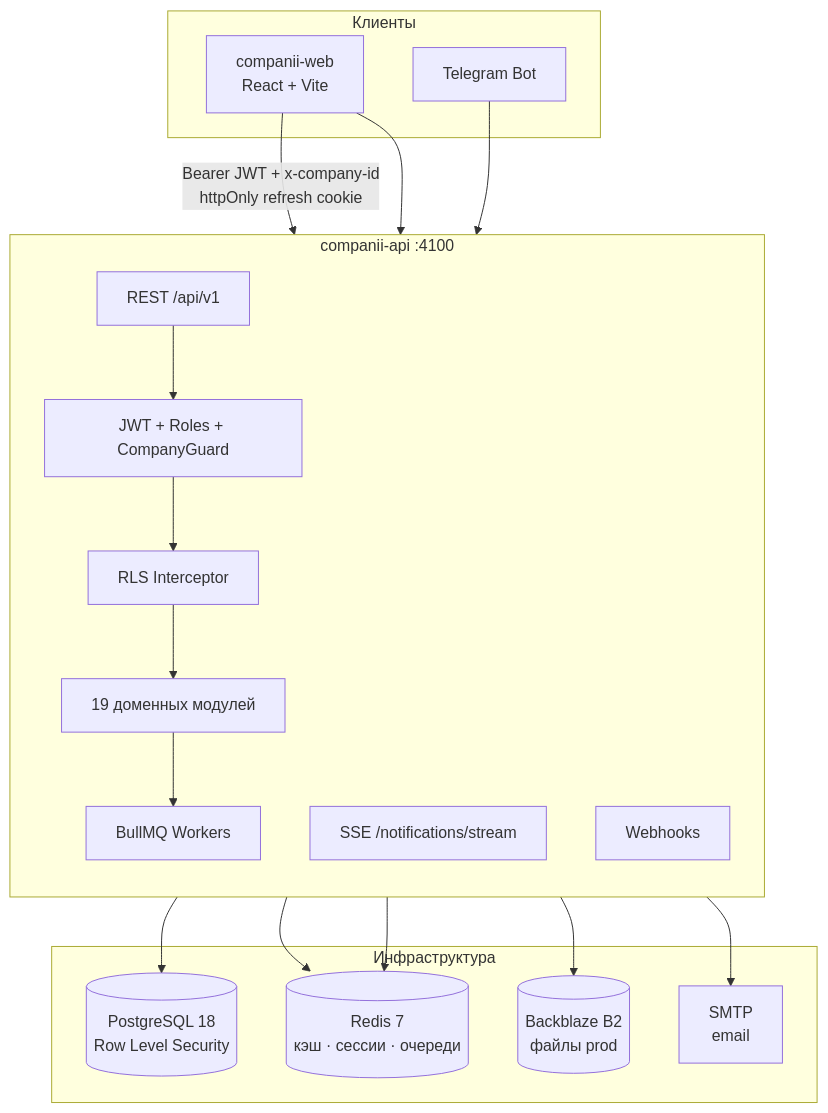
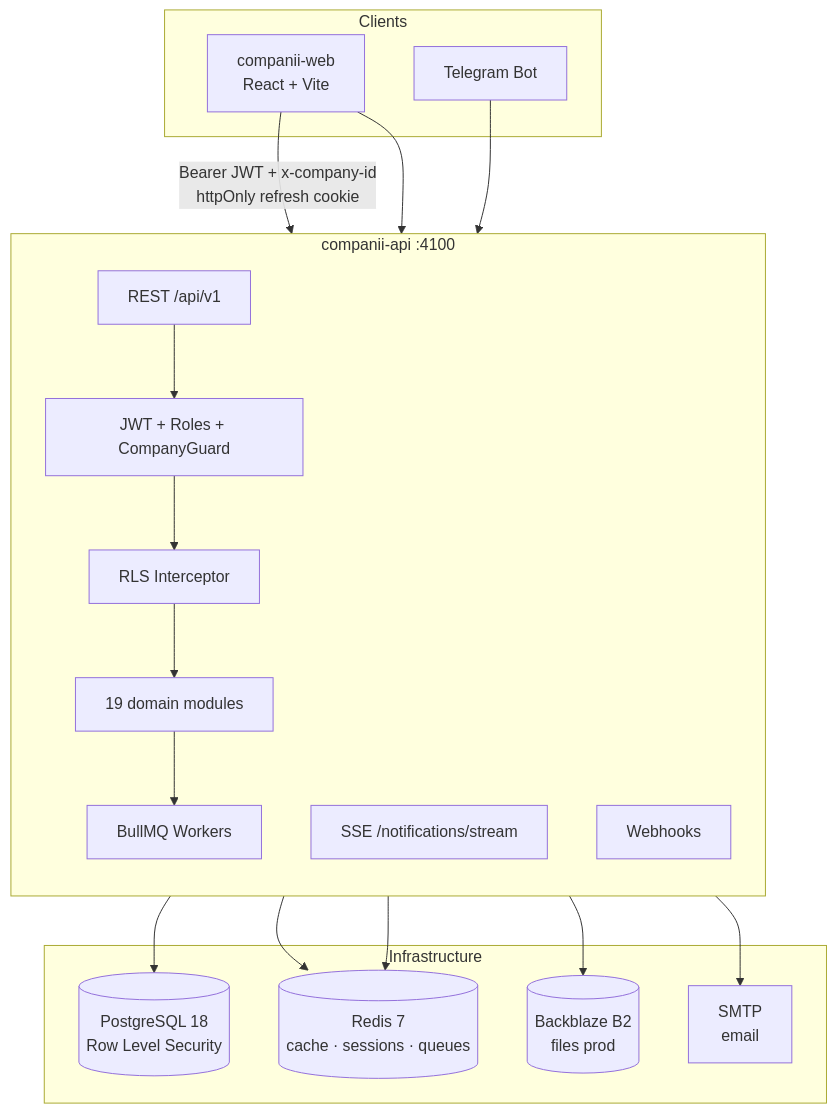
The first of 10 diagrams in README.md (1GoodCod1/companii-api), drawn with Mermaid before and after one commit. The commit also changed other lines of this file and 1 other file, not shown here.

````diff
--- a/README.md
+++ b/README.md
@@ -39,34 +41,34 @@
 ```mermaid
 flowchart TB
-    subgraph Clients["Клиенты"]
+    subgraph Clients["Clients"]
         WEB["companii-web<br/>React + Vite"]
         TG["Telegram Bot"]
     end
 
     subgraph API["companii-api :4100"]
         direction TB
         HTTP["REST /api/v1"]
         SSE["SSE /notifications/stream"]
         WH["Webhooks"]
         HTTP --> Guards["JWT + Roles + CompanyGuard"]
         Guards --> RLS["RLS Interceptor"]
-        RLS --> Modules["19 доменных модулей"]
+        RLS --> Modules["19 domain modules"]
         Modules --> Queue["BullMQ Workers"]
     end
 
-    subgraph Data["Инфраструктура"]
+    subgraph Data["Infrastructure"]
         PG[("PostgreSQL 18<br/>Row Level Security")]
-        RD[("Redis 7<br/>кэш · сессии · очереди")]
-        B2[("Backblaze B2<br/>файлы prod")]
+        RD[("Redis 7<br/>cache · sessions · queues")]
+        B2[("Backblaze B2<br/>files prod")]
         SMTP["SMTP<br/>email"]
     end
 
     WEB -->|"Bearer JWT + x-company-id<br/>httpOnly refresh cookie"| HTTP
     WEB --> SSE
     TG --> WH
     Modules --> PG
     Modules --> RD
     Queue --> RD
     Modules --> B2
     Modules --> SMTP
 ```
````
